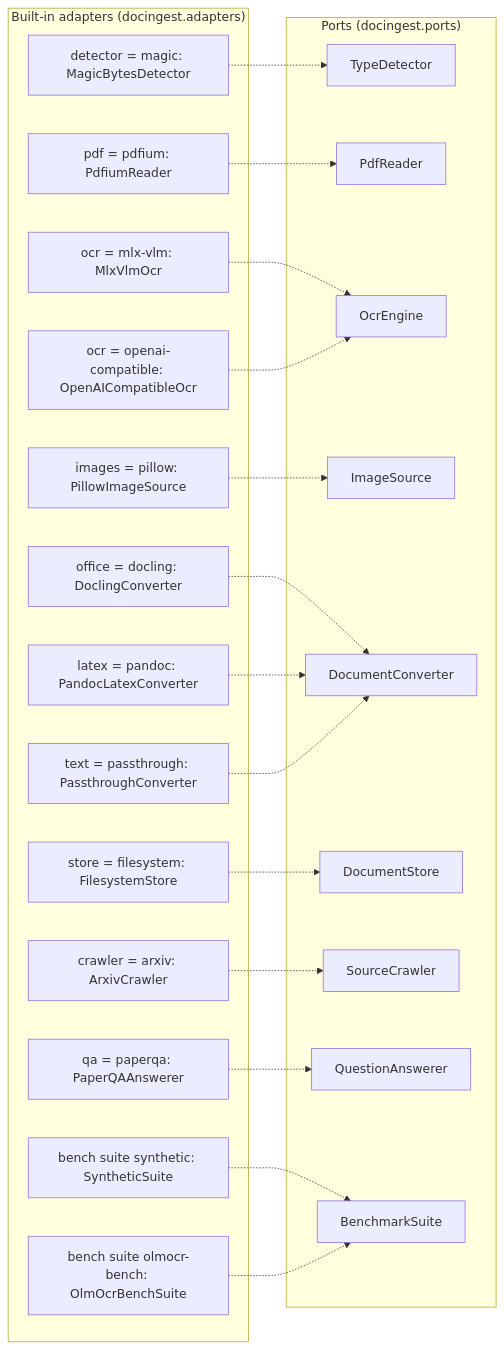
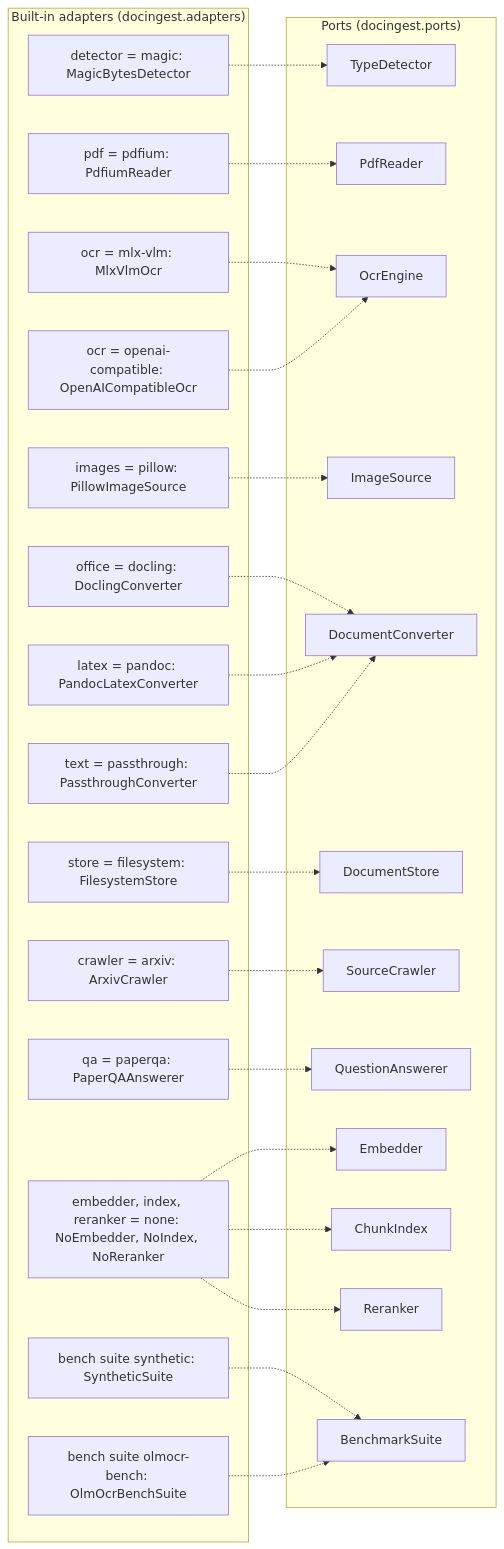
Before and after one commit to etxsA/doc-ingest: the third of 18 diagrams in packages/docingest/docs/architecture.md, drawn with Mermaid. The commit also changed other lines of this file and 21 other files, not shown here.

First line of the commit message:
feat(ports): Embedder, ChunkIndex and Reranker with built-in none adapters

````diff
--- a/packages/docingest/docs/architecture.md
+++ b/packages/docingest/docs/architecture.md
@@ -161,42 +161,49 @@
 ```mermaid
 flowchart LR
     subgraph P["Ports (docingest.ports)"]
         TD["TypeDetector"]
         PR["PdfReader"]
         OE["OcrEngine"]
         IS["ImageSource"]
         DC["DocumentConverter"]
         DS["DocumentStore"]
         SC["SourceCrawler"]
         QA["QuestionAnswerer"]
+        EMB["Embedder"]
+        IDX["ChunkIndex"]
+        RRK["Reranker"]
         BSU["BenchmarkSuite"]
     end
     subgraph A["Built-in adapters (docingest.adapters)"]
         MAG["detector = magic: MagicBytesDetector"]
         PDFI["pdf = pdfium: PdfiumReader"]
         MLX["ocr = mlx-vlm: MlxVlmOcr"]
         OAI["ocr = openai-compatible: OpenAICompatibleOcr"]
         PIL["images = pillow: PillowImageSource"]
         DOC["office = docling: DoclingConverter"]
         PAN["latex = pandoc: PandocLatexConverter"]
         PAS["text = passthrough: PassthroughConverter"]
         FS["store = filesystem: FilesystemStore"]
         ARX["crawler = arxiv: ArxivCrawler"]
         PQA["qa = paperqa: PaperQAAnswerer"]
+        NON["embedder, index, reranker = none: NoEmbedder, NoIndex, NoReranker"]
         SYN["bench suite synthetic: SyntheticSuite"]
         OLM["bench suite olmocr-bench: OlmOcrBenchSuite"]
     end
     MAG -.-> TD
     PDFI -.-> PR
     MLX -.-> OE
     OAI -.-> OE
     PIL -.-> IS
     DOC -.-> DC
     PAN -.-> DC
     PAS -.-> DC
     FS -.-> DS
     ARX -.-> SC
     PQA -.-> QA
+    NON -.-> EMB
+    NON -.-> IDX
+    NON -.-> RRK
     SYN -.-> BSU
     OLM -.-> BSU
 ```
````
